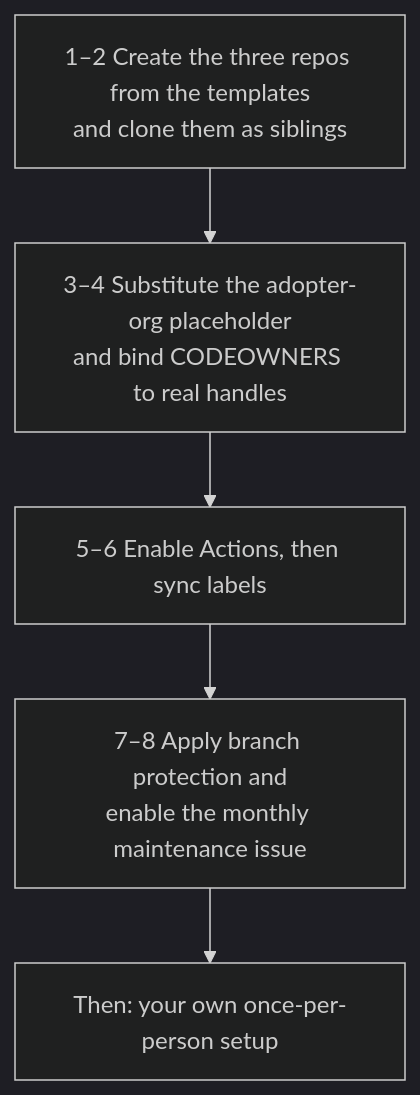
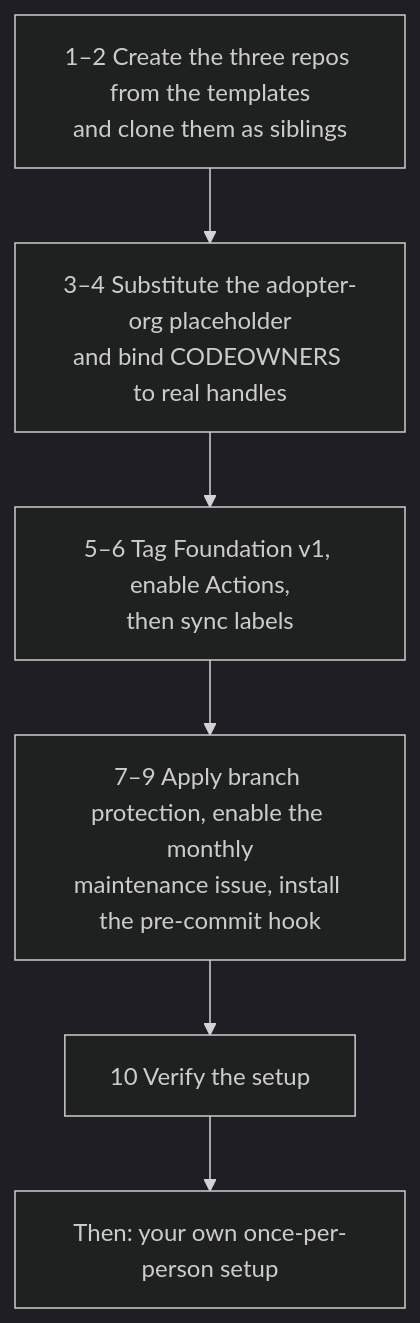
One commit to 2SSilver/organisationos-foundation changed the diagram in docs/setup-org.md. Above: the diagram before and after it, drawn with Mermaid (dark theme). The commit also changed other lines of this file and 8 other files, not shown here.

````diff
--- a/docs/setup-org.md
+++ b/docs/setup-org.md
@@ -7,7 +7,8 @@
 ```mermaid
 flowchart TB
     O1["1–2 Create the three repos from the templates<br/>and clone them as siblings"] --> O2["3–4 Substitute the adopter-org placeholder<br/>and bind CODEOWNERS to real handles"]
-    O2 --> O3["5–6 Enable Actions, then sync labels"]
-    O3 --> O4["7–8 Apply branch protection and<br/>enable the monthly maintenance issue"]
-    O4 --> P["Then: your own once-per-person setup"]
+    O2 --> O3["5–6 Tag Foundation v1, enable Actions,<br/>then sync labels"]
+    O3 --> O4["7–9 Apply branch protection, enable the monthly<br/>maintenance issue, install the pre-commit hook"]
+    O4 --> O5["10 Verify the setup"]
+    O5 --> P["Then: your own once-per-person setup"]
 ```
````
